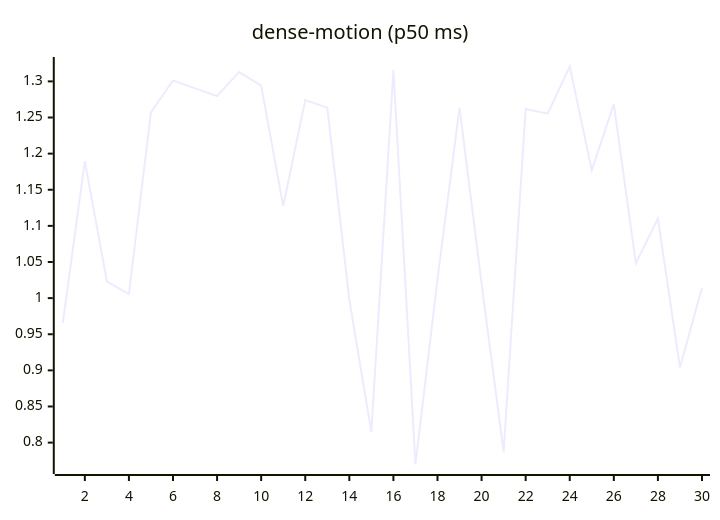
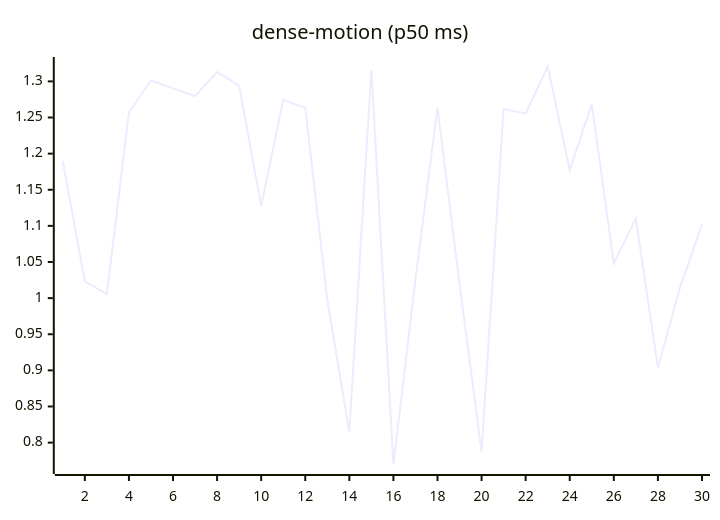
Before and after one commit to josha/Facet: the ninth of 27 diagrams in README.md, drawn with Mermaid. The commit also changed other lines of this file and 2 other files, not shown here.

````diff
--- a/README.md
+++ b/README.md
@@ -119,6 +119,6 @@
 ```mermaid
 xychart-beta
     title "dense-motion (p50 ms)"
     x-axis 1 --> 30
-    line [0.9653, 1.1895, 1.0233, 1.0054, 1.2572, 1.3012, 1.2904, 1.2798, 1.3128, 1.2940, 1.1276, 1.2742, 1.2636, 0.9981, 0.8144, 1.3160, 0.7697, 1.0258, 1.2636, 1.0200, 0.7874, 1.2619, 1.2553, 1.3206, 1.1772, 1.2685, 1.0480, 1.1102, 0.9040, 1.0144]
+    line [1.1895, 1.0233, 1.0054, 1.2572, 1.3012, 1.2904, 1.2798, 1.3128, 1.2940, 1.1276, 1.2742, 1.2636, 0.9981, 0.8144, 1.3160, 0.7697, 1.0258, 1.2636, 1.0200, 0.7874, 1.2619, 1.2553, 1.3206, 1.1772, 1.2685, 1.0480, 1.1102, 0.9040, 1.0144, 1.1023]
 ```
````
